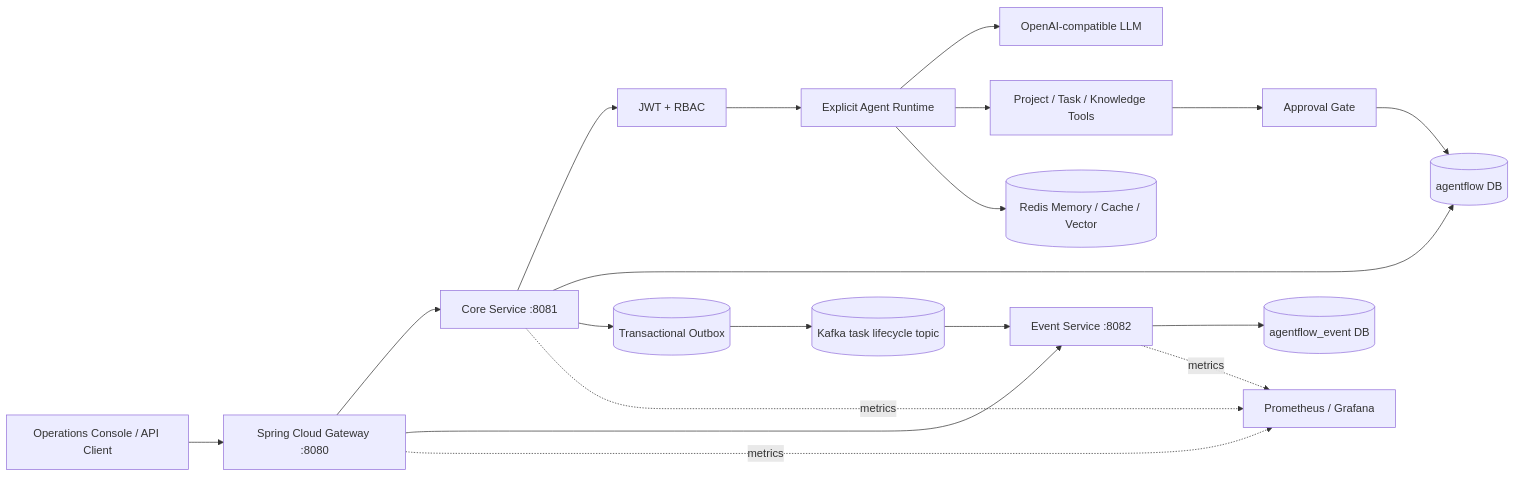
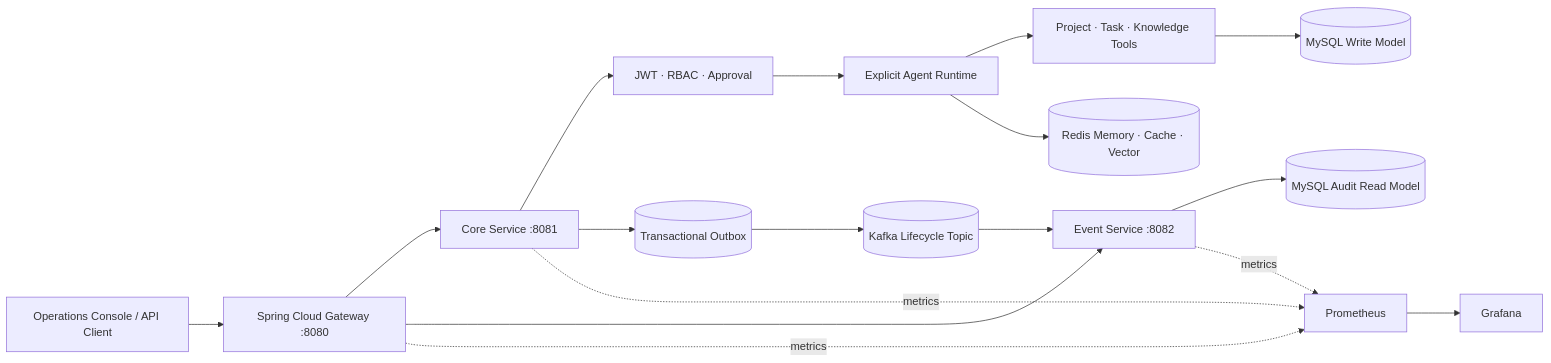
Before and after one commit to pravinkaveya473-sketch/agentflow-enterprise: the diagram in README.md, drawn with Mermaid. The commit also changed other lines of this file and 10 other files, not shown here.

````diff
--- a/README.md
+++ b/README.md
@@ -44,21 +91,22 @@
 ```mermaid
 flowchart LR
-    UI[Operations Console / API Client] --> GW[Spring Cloud Gateway :8080]
+    CLIENT[Operations Console / API Client] --> GW[Spring Cloud Gateway :8080]
     GW --> CORE[Core Service :8081]
     GW --> EVENT[Event Service :8082]
-    CORE --> SEC[JWT + RBAC]
+
+    CORE --> SEC[JWT · RBAC · Approval]
     SEC --> AGENT[Explicit Agent Runtime]
-    AGENT --> MODEL[OpenAI-compatible LLM]
-    AGENT --> TOOLS[Project / Task / Knowledge Tools]
-    TOOLS --> GATE[Approval Gate]
-    CORE --> MYSQL[(agentflow DB)]
-    GATE --> MYSQL
-    AGENT --> REDIS[(Redis Memory / Cache / Vector)]
+    AGENT --> TOOLS[Project · Task · Knowledge Tools]
+    TOOLS --> MYSQL[(MySQL Write Model)]
+    AGENT --> REDIS[(Redis Memory · Cache · Vector)]
+
     CORE --> OUTBOX[(Transactional Outbox)]
-    OUTBOX --> KAFKA[(Kafka task lifecycle topic)]
+    OUTBOX --> KAFKA[(Kafka Lifecycle Topic)]
     KAFKA --> EVENT
-    EVENT --> EVENTDB[(agentflow_event DB)]
-    GW -. metrics .-> OBS[Prometheus / Grafana]
-    CORE -. metrics .-> OBS
-    EVENT -. metrics .-> OBS
+    EVENT --> EVENTDB[(MySQL Audit Read Model)]
+
+    GW -. metrics .-> PROM[Prometheus]
+    CORE -. metrics .-> PROM
+    EVENT -. metrics .-> PROM
+    PROM --> GRAFANA[Grafana]
 ```
````
